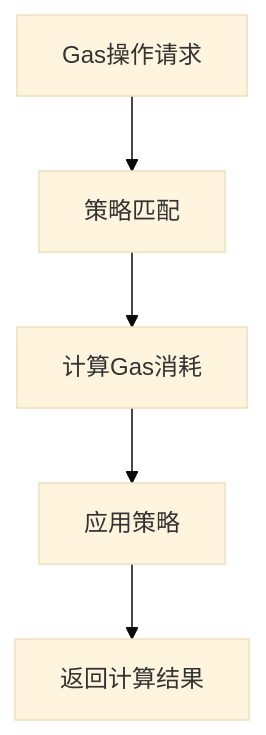
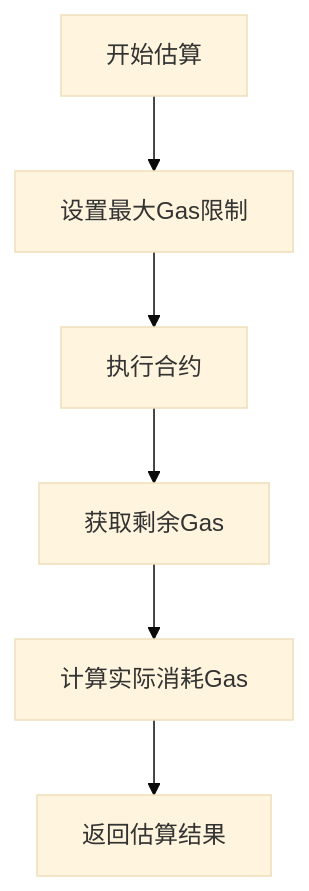
Before and after one commit to lengzhao/vm: the second of 3 diagrams in docs/detailed_design/gas_metering_detailed_design.md, drawn with Mermaid (base theme). The commit also changed other lines of this file and 12 other files, not shown here.

````diff
--- a/docs/detailed_design/gas_metering_detailed_design.md
+++ b/docs/detailed_design/gas_metering_detailed_design.md
@@ -120,7 +122,8 @@
 ```mermaid
 graph TD
-A[Gas操作请求] --> B[策略匹配]
-B --> C[计算Gas消耗]
-C --> D[应用策略]
-D --> E[返回计算结果]
+A[开始估算] --> B[设置最大Gas限制]
+B --> C[执行合约]
+C --> D[获取剩余Gas]
+D --> E[计算实际消耗Gas]
+E --> F[返回估算结果]
 ```
````
